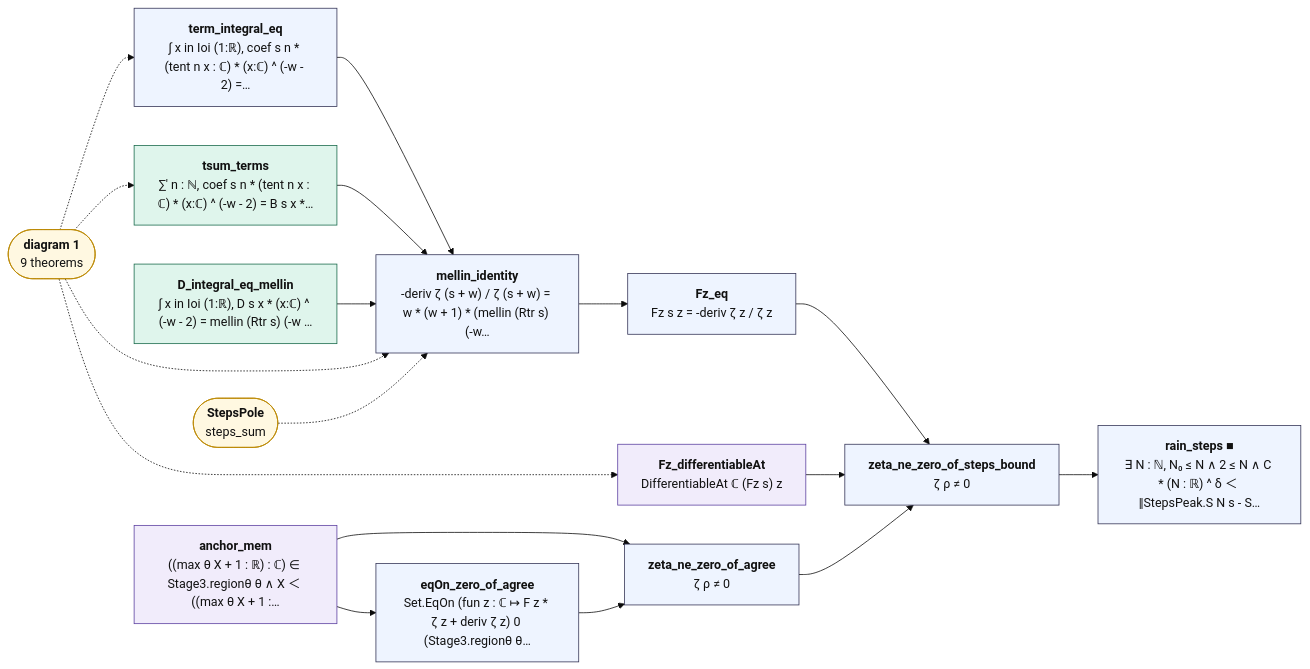
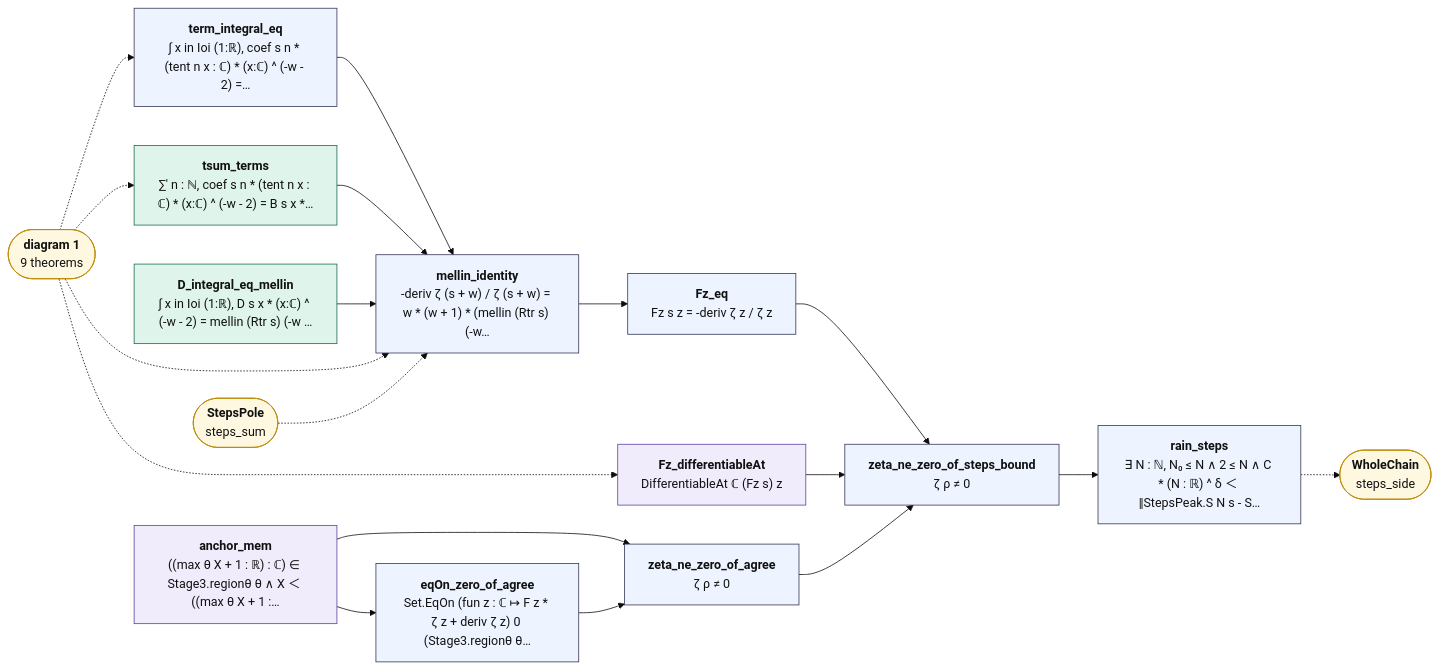
One commit to juliansambranojr/Primebeat_081426 changed the second of 2 diagrams in map/lean_stage3/StepsBelow.md. Above: the diagram before and after it, drawn with Mermaid (base theme). The commit also changed other lines of this file and 57 other files, not shown here.

````diff
--- a/map/lean_stage3/StepsBelow.md
+++ b/map/lean_stage3/StepsBelow.md
@@ -111,40 +111,42 @@
 ```mermaid
 flowchart LR
   n0["<b>term_integral_eq</b><br/>∫ x in Ioi (1:ℝ), coef s n * (tent n x : ℂ) * (x:ℂ) ^ (-w - 2) =…"]:::thm
   n1["<b>tsum_terms</b><br/>∑' n : ℕ, coef s n * (tent n x : ℂ) * (x:ℂ) ^ (-w - 2) = B s x *…"]:::cnt
   n2["<b>D_integral_eq_mellin</b><br/>∫ x in Ioi (1:ℝ), D s x * (x:ℂ) ^ (-w - 2) = mellin (Rtr s) (-w …"]:::cnt
   n3["<b>mellin_identity</b><br/>-deriv ζ (s + w) / ζ (s + w) = w * (w + 1) * (mellin (Rtr s) (-w…"]:::thm
   n4["<b>Fz_eq</b><br/>Fz s z = -deriv ζ z / ζ z"]:::thm
   n5["<b>Fz_differentiableAt</b><br/>DifferentiableAt ℂ (Fz s) z"]:::shp
   n6["<b>anchor_mem</b><br/>((max θ X + 1 : ℝ) : ℂ) ∈ Stage3.regionθ θ ∧ X ＜ ((max θ X + 1 :…"]:::shp
   n7["<b>eqOn_zero_of_agree</b><br/>Set.EqOn (fun z : ℂ ↦ F z * ζ z + deriv ζ z) 0 (Stage3.regionθ θ…"]:::thm
   n8["<b>zeta_ne_zero_of_agree</b><br/>ζ ρ ≠ 0"]:::thm
   n9["<b>zeta_ne_zero_of_steps_bound</b><br/>ζ ρ ≠ 0"]:::thm
-  n10["<b>rain_steps ■</b><br/>∃ N : ℕ, N₀ ≤ N ∧ 2 ≤ N ∧ C * (N : ℝ) ^ δ ＜ ‖StepsPeak.S N s - S…"]:::thm
+  n10["<b>rain_steps</b><br/>∃ N : ℕ, N₀ ≤ N ∧ 2 ≤ N ∧ C * (N : ℝ) ^ δ ＜ ‖StepsPeak.S N s - S…"]:::thm
   x0(["<b>diagram 1</b><br/>9 theorems"]):::ext
   x1(["<b>StepsPole</b><br/>steps_sum"]):::ext
+  x2(["<b>WholeChain</b><br/>steps_side"]):::ext
   n0 --> n3
   n1 --> n3
   n2 --> n3
   n3 --> n4
   n4 --> n9
   n5 --> n9
   n6 --> n7
   n6 --> n8
   n7 --> n8
   n8 --> n9
   n9 --> n10
+  n10 -.-> x2
   x0 -.-> n0
   x0 -.-> n1
   x0 -.-> n3
   x0 -.-> n5
   x1 -.-> n3
   classDef cnt fill:#dff5ec,stroke:#17694a,color:#111
   classDef shp fill:#f1ecfb,stroke:#5b3fa0,color:#111
   classDef rh fill:#ffe5e5,stroke:#c22,color:#111,stroke-width:2px
   classDef thm fill:#eef4ff,stroke:#335,color:#111
   classDef end_ fill:#e7f7e7,stroke:#2a7,color:#111,stroke-width:2px
   classDef lone fill:#fff,stroke:#999,color:#111,stroke-dasharray:4 3
   classDef bad fill:#ffe5e5,stroke:#c22,color:#111,stroke-width:2px
   classDef ext fill:#fff8e1,stroke:#b80,color:#111
 ```
````
